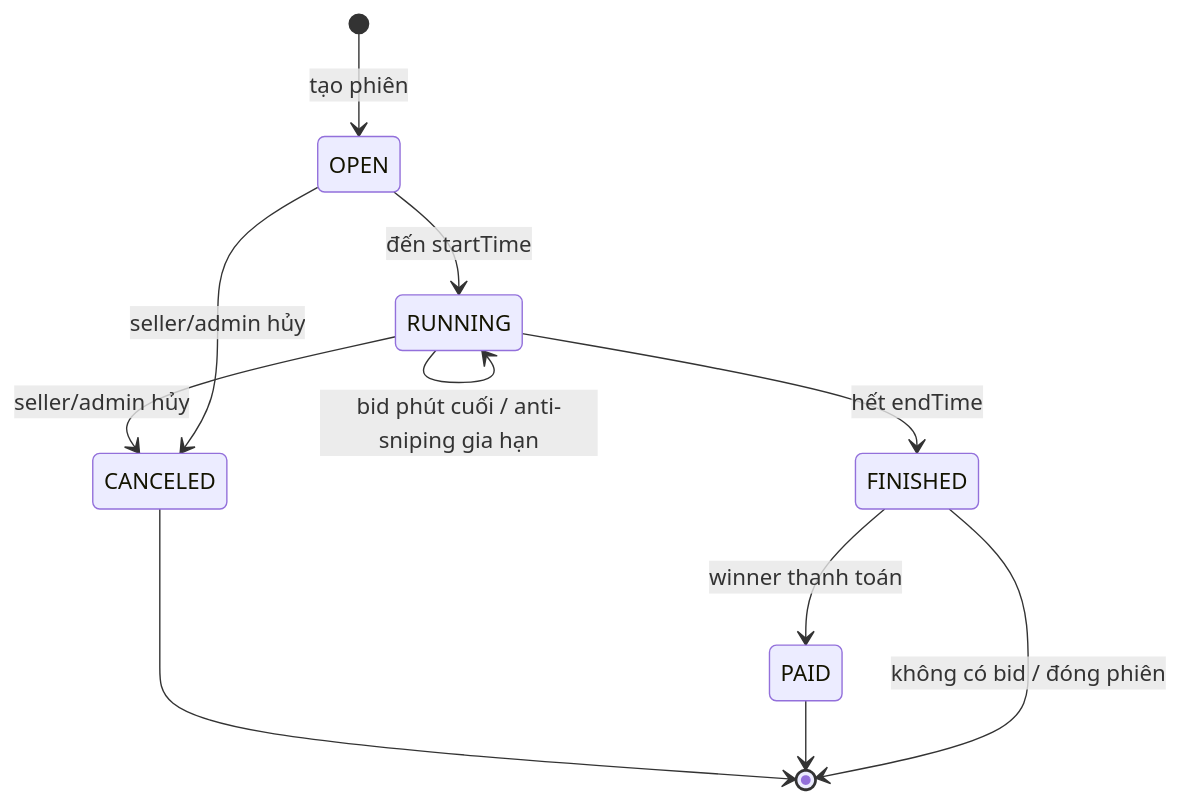
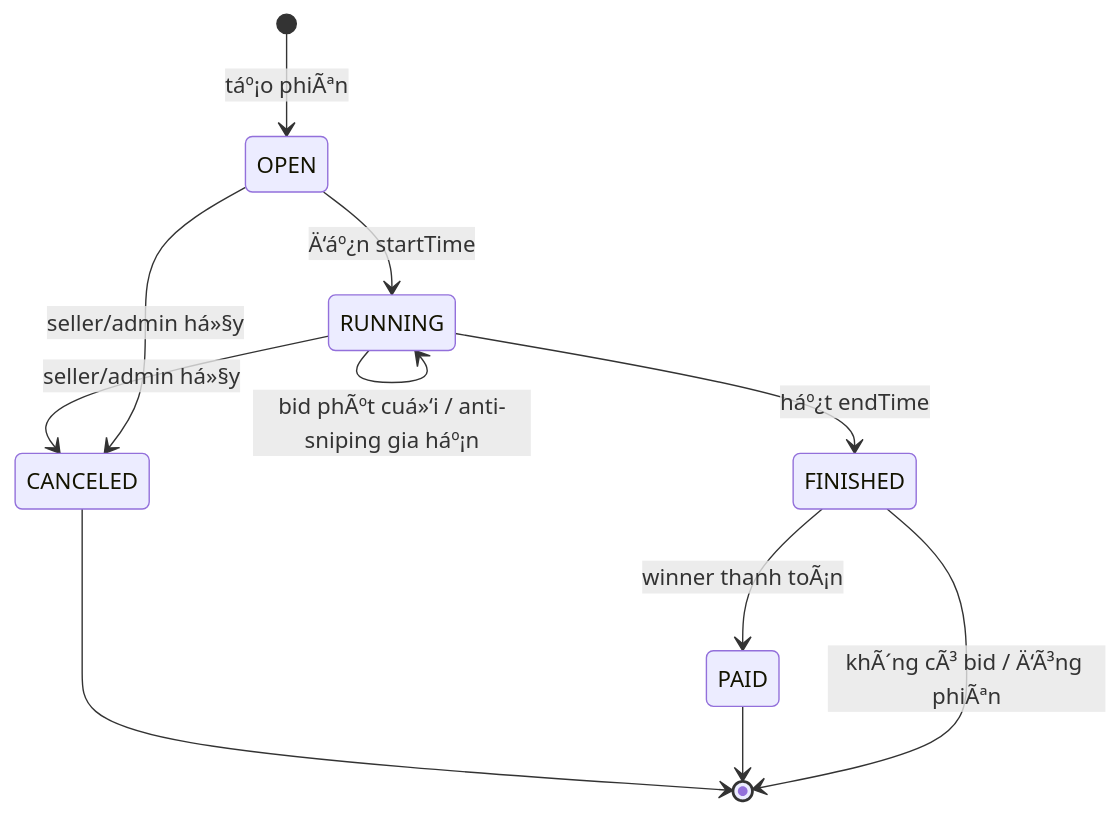
One commit to hieuluoidai/BidHub changed the third of 3 diagrams in UML.md. Above: the diagram before and after it, drawn with Mermaid. The commit also changed other lines of this file, not shown here.

````diff
--- a/UML.md
+++ b/UML.md
@@ -243,13 +243,13 @@
 ```mermaid
 stateDiagram-v2
-    [*] --> OPEN: tạo phiên
-    OPEN --> RUNNING: đến startTime
-    OPEN --> CANCELED: seller/admin hủy
-    RUNNING --> RUNNING: bid phút cuối / anti-sniping gia hạn
-    RUNNING --> FINISHED: hết endTime
-    RUNNING --> CANCELED: seller/admin hủy
-    FINISHED --> PAID: winner thanh toán
-    FINISHED --> [*]: không có bid / đóng phiên
+    [*] --> OPEN: táº¡o phiÃªn
+    OPEN --> RUNNING: Ä‘áº¿n startTime
+    OPEN --> CANCELED: seller/admin há»§y
+    RUNNING --> RUNNING: bid phÃºt cuá»‘i / anti-sniping gia háº¡n
+    RUNNING --> FINISHED: háº¿t endTime
+    RUNNING --> CANCELED: seller/admin há»§y
+    FINISHED --> PAID: winner thanh toÃ¡n
+    FINISHED --> [*]: khÃ´ng cÃ³ bid / Ä‘Ã³ng phiÃªn
     PAID --> [*]
     CANCELED --> [*]
 ```
````
